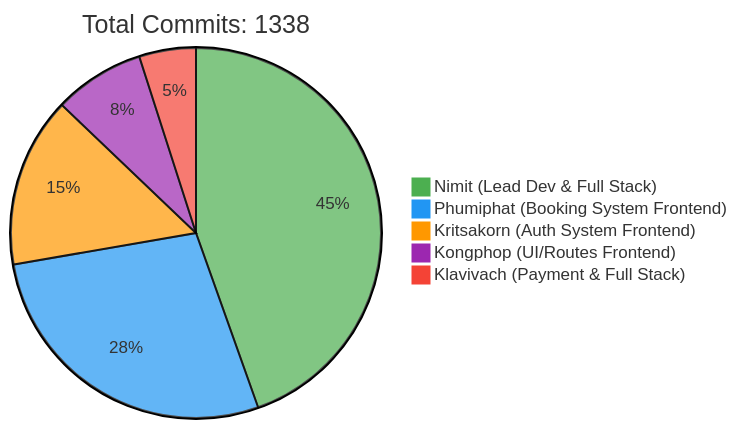
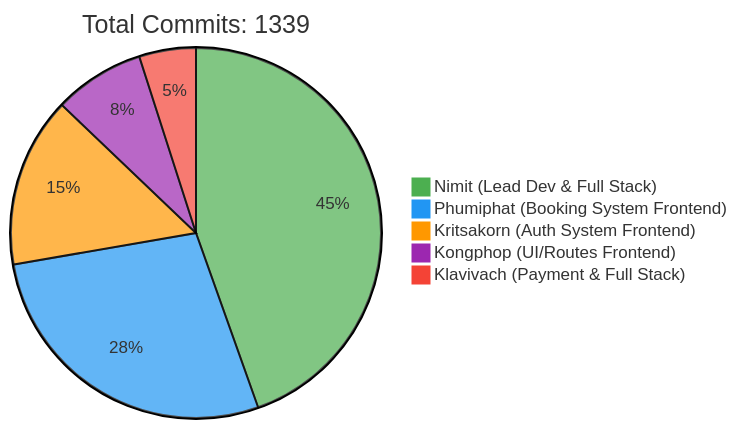
Before and after one commit to 6531503042/Sport-Complex: the first of 2 diagrams in README.md, drawn with Mermaid. The commit also changed other lines of this file, not shown here.

Commit message:
docs: Update contributor statistics [skip ci]

````diff
--- a/README.md
+++ b/README.md
@@ -257,10 +257,10 @@
 ```mermaid
 %%{init: {'theme': 'base', 'themeVariables': { 'pie1': '#4CAF50', 'pie2': '#2196F3', 'pie3': '#FF9800', 'pie4': '#9C27B0', 'pie5': '#F44336'}}}%%
 pie
-    title Total Commits: 1338
+    title Total Commits: 1339
     "Nimit (Lead Dev & Full Stack)" : 450
     "Phumiphat (Booking System Frontend)" : 280
     "Kritsakorn (Auth System Frontend)" : 150
     "Kongphop (UI/Routes Frontend)" : 80
     "Klavivach (Payment & Full Stack)" : 50
 ```
````
